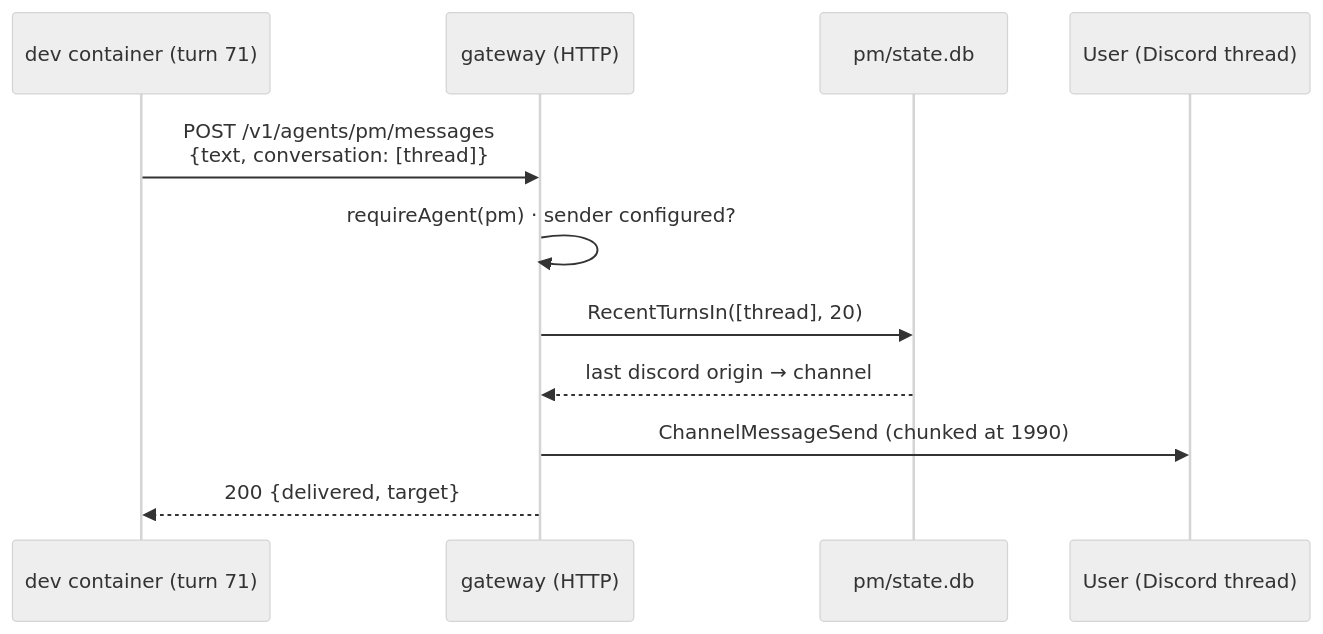
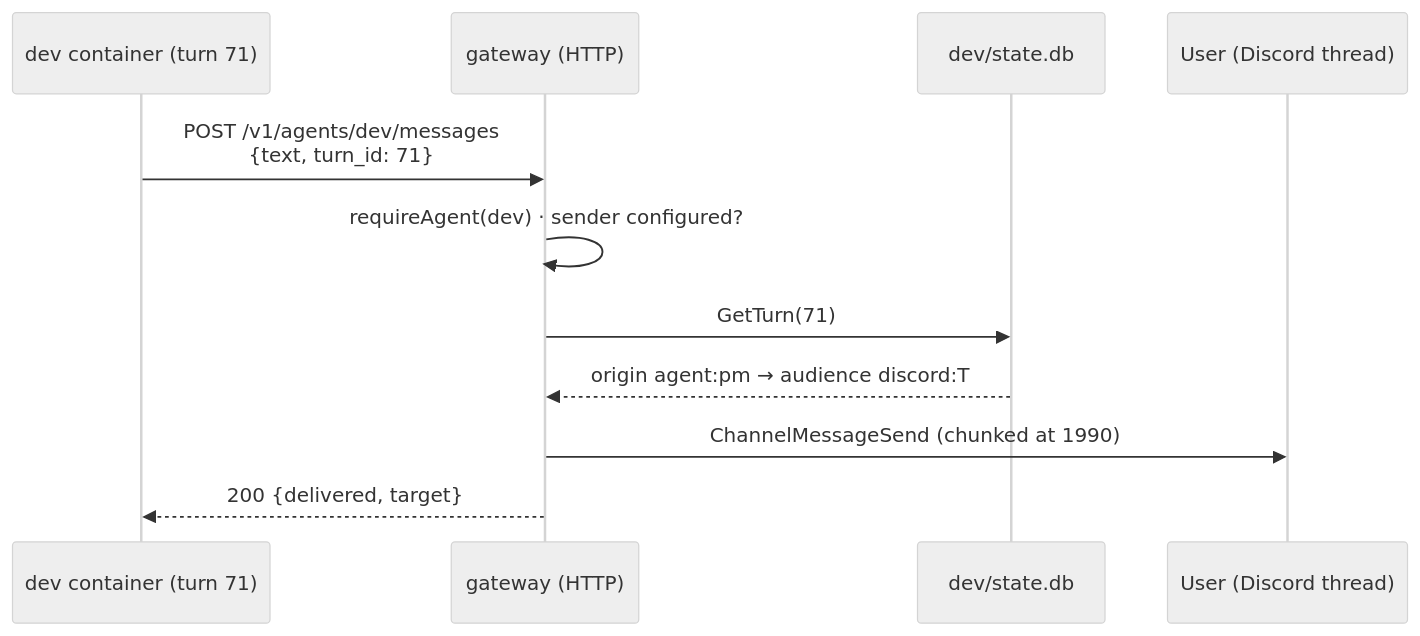
Before and after one commit to RRoundTable/roundclaw: the second of 2 diagrams in docs/architecture/delegation.md, drawn with Mermaid (neutral theme). The commit also changed other lines of this file and 6 other files, not shown here.

First line of the commit message:
Document the audience and the outbox where the architecture docs already look

````diff
--- a/docs/architecture/delegation.md
+++ b/docs/architecture/delegation.md
@@ -149,14 +149,14 @@
 ```mermaid
 sequenceDiagram
     participant DEV as dev container (turn 71)
     participant GW as gateway (HTTP)
-    participant DB as pm/state.db
+    participant DB as dev/state.db
     participant U as User (Discord thread)
 
-    DEV->>GW: POST /v1/agents/pm/messages<br/>{text, conversation: [thread]}
-    GW->>GW: requireAgent(pm) · sender configured?
-    GW->>DB: RecentTurnsIn([thread], 20)
-    DB-->>GW: last discord origin → channel
+    DEV->>GW: POST /v1/agents/dev/messages<br/>{text, turn_id: 71}
+    GW->>GW: requireAgent(dev) · sender configured?
+    GW->>DB: GetTurn(71)
+    DB-->>GW: origin agent:pm → audience discord:T
     GW->>U: ChannelMessageSend (chunked at 1990)
     GW-->>DEV: 200 {delivered, target}
 ```
````
